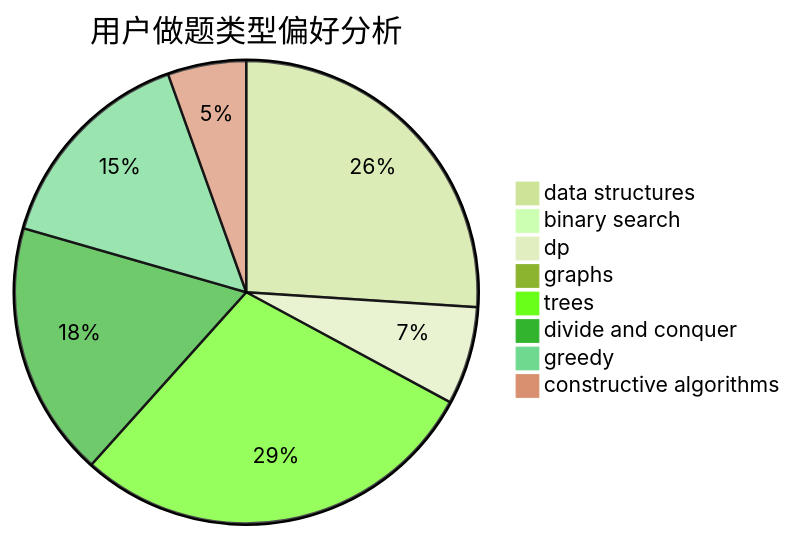
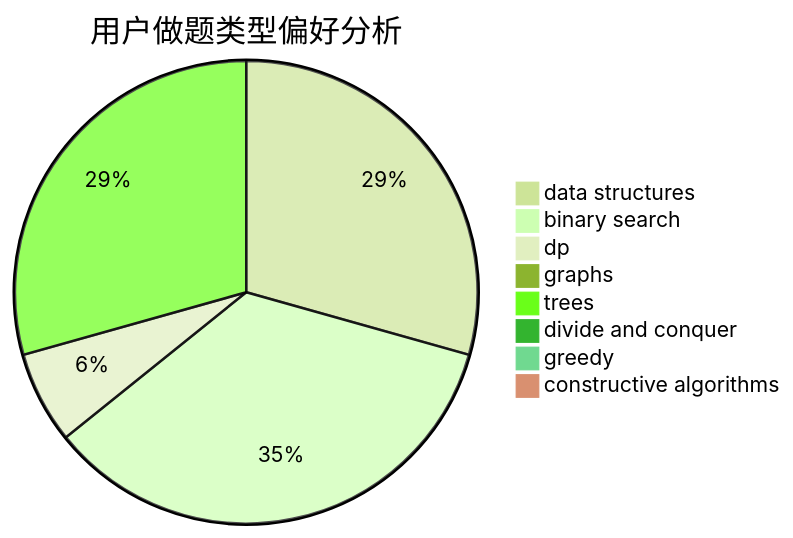
One commit to sherpahu/cfrs.github.io changed the second of 3 diagrams in docs/user/u69.md. Above: the diagram before and after it, drawn with Mermaid (forest theme). The commit also changed other lines of this file and 2770 other files, not shown here.

````diff
--- a/docs/user/u69.md
+++ b/docs/user/u69.md
@@ -23,11 +23,11 @@
 ```mermaid
 pie title 用户做题类型偏好分析
-    "data structures" :  19
-    "binary search" :  0
-    "dp" :  5
-    "graphs" :  0
-    "trees" :  21
-    "divide and conquer" :  13
-    "greedy" :  11
-    "constructive algorithms" :  4
+    "data structures" :  64
+    "binary search" :  76
+    "dp" :  14
+    "graphs" :  1
+    "trees" :  64
+    "divide and conquer" :  0
+    "greedy" :  1
+    "constructive algorithms" :  0
 ```
````
